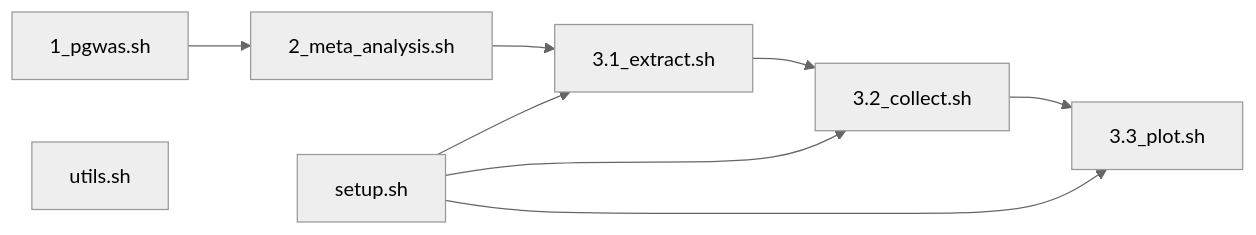
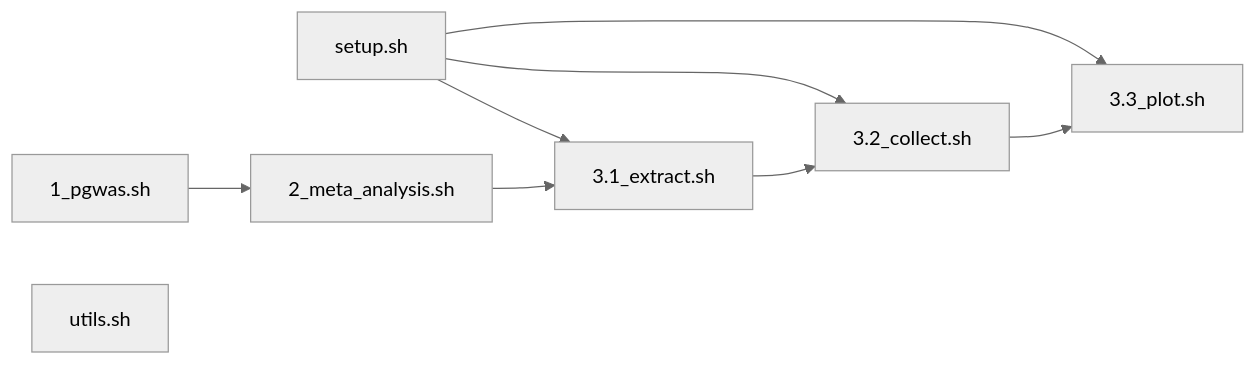
The first of 2 diagrams in peptide_progs/README.md (jinghuazhao/Caprion), drawn with Mermaid (neutral theme) before and after one commit.

Commit message:
Analysis

````diff
--- a/peptide_progs/README.md
+++ b/peptide_progs/README.md
@@ -25,14 +25,11 @@
 ```mermaid
 graph LR;
 1_pgwas.sh
 2_meta_analysis.sh
 setup.sh
-3.1_extract.sh
-3.2_collect.sh
-3.3_plot.sh
-1_pgwas.sh --> 2_meta_analysis.sh --> 3.1_extract.sh --> 3.2_collect.sh --> 3.3_plot.sh
 setup.sh --> 3.1_extract.sh
 setup.sh --> 3.2_collect.sh
 setup.sh --> 3.3_plot.sh
+1_pgwas.sh --> 2_meta_analysis.sh --> 3.1_extract.sh --> 3.2_collect.sh --> 3.3_plot.sh
 utils.sh
 ```
````
